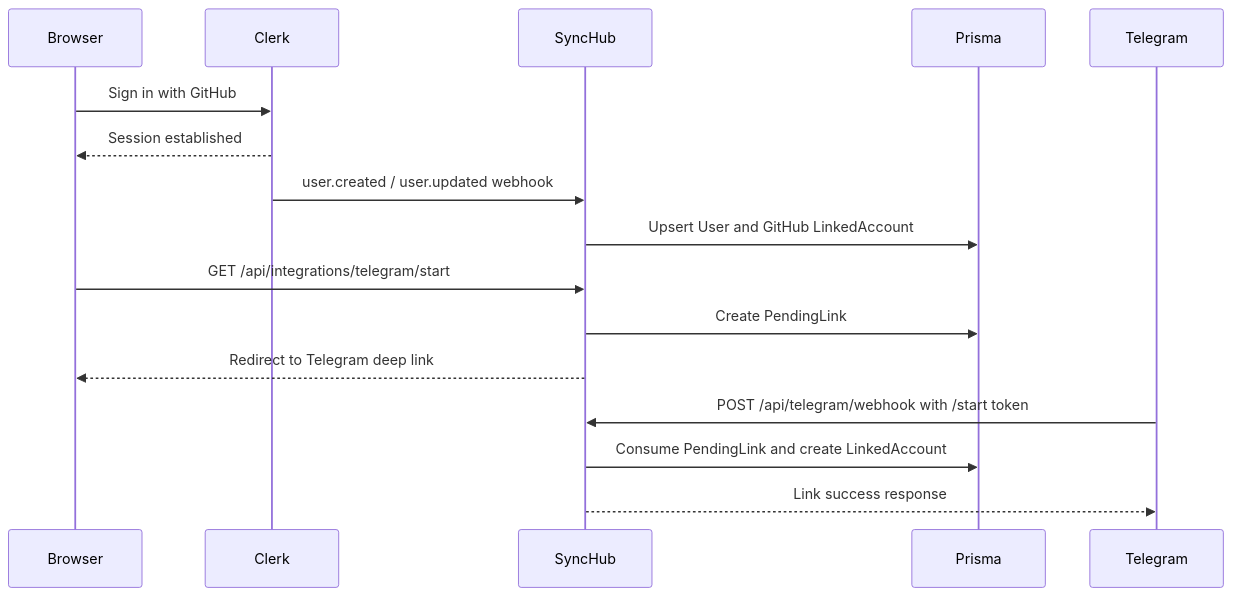
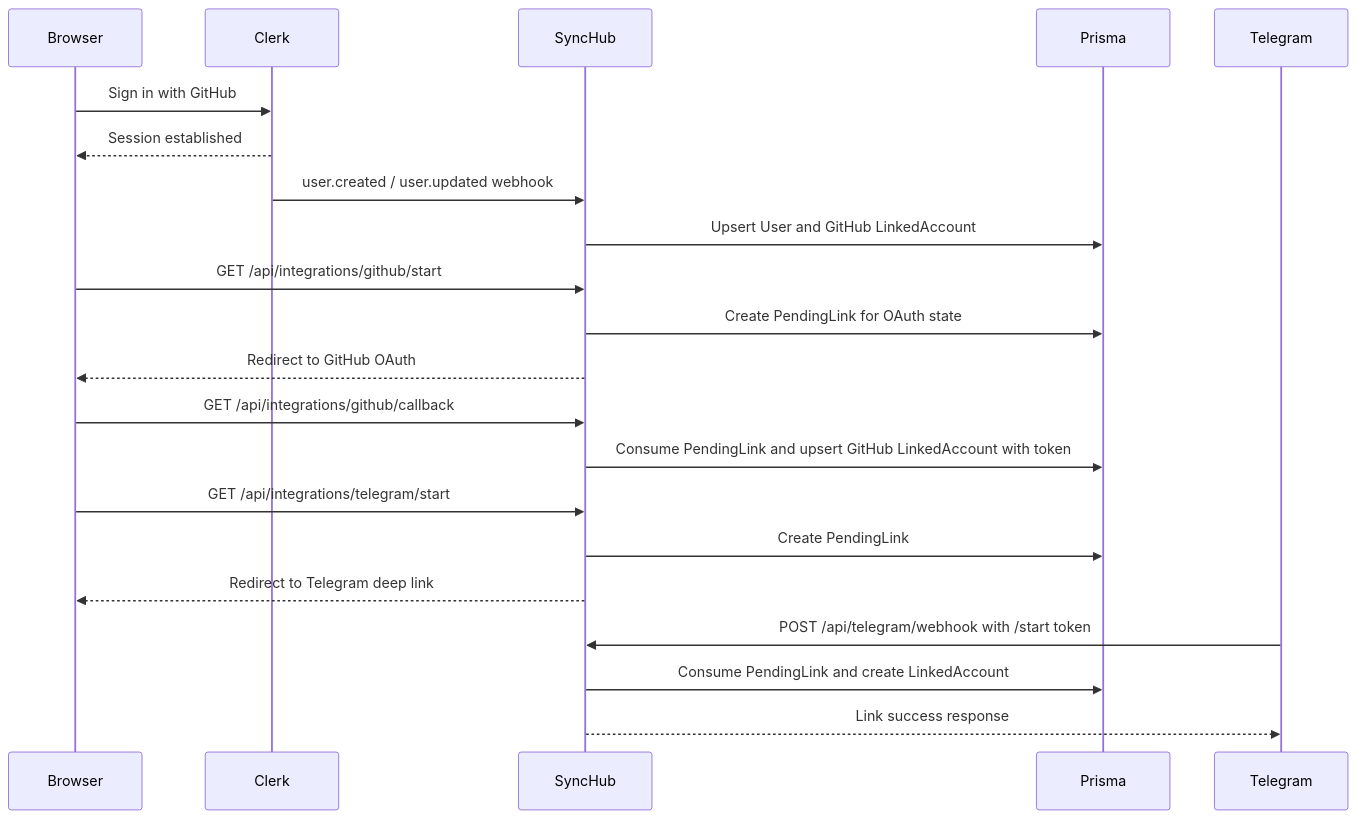
One commit to beefysalad/synchub changed the second of 2 diagrams in docs/architecture.md. Above: the diagram before and after it, drawn with Mermaid. The commit also changed other lines of this file and 7 other files, not shown here.

Commit message:
feat: implement GitHub OAuth flow for explicit API access and token management

````diff
--- a/docs/architecture.md
+++ b/docs/architecture.md
@@ -103,19 +116,24 @@
 ```mermaid
 sequenceDiagram
     participant Browser
     participant Clerk
     participant SyncHub
     participant Prisma
     participant Telegram
 
     Browser->>Clerk: Sign in with GitHub
     Clerk-->>Browser: Session established
     Clerk->>SyncHub: user.created / user.updated webhook
     SyncHub->>Prisma: Upsert User and GitHub LinkedAccount
+    Browser->>SyncHub: GET /api/integrations/github/start
+    SyncHub->>Prisma: Create PendingLink for OAuth state
+    SyncHub-->>Browser: Redirect to GitHub OAuth
+    Browser->>SyncHub: GET /api/integrations/github/callback
+    SyncHub->>Prisma: Consume PendingLink and upsert GitHub LinkedAccount with token
     Browser->>SyncHub: GET /api/integrations/telegram/start
     SyncHub->>Prisma: Create PendingLink
     SyncHub-->>Browser: Redirect to Telegram deep link
     Telegram->>SyncHub: POST /api/telegram/webhook with /start token
     SyncHub->>Prisma: Consume PendingLink and create LinkedAccount
     SyncHub-->>Telegram: Link success response
 ```
````
